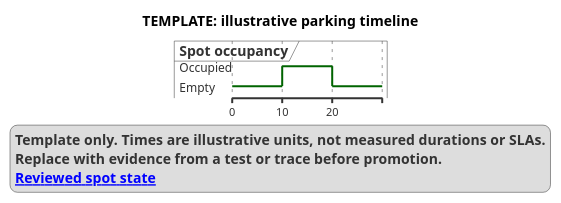
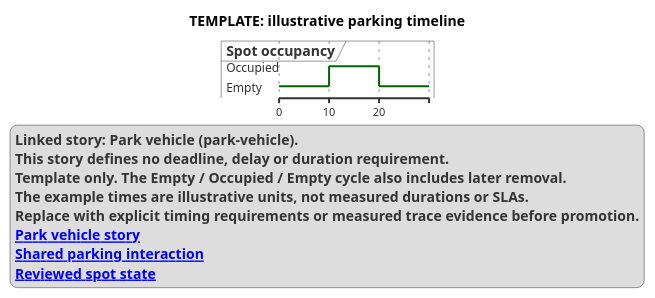
One commit to mrfoxy-cyber/Garage-v2 changed the diagram in docs/uml/interaction/timing/parking-timing.puml. Above: the diagram before and after it, drawn with PlantUML. The commit also changed 25 other files, not shown here.

Commit message:
crappy diagrams, going to be fixed

```diff
--- a/docs/uml/interaction/timing/parking-timing.puml
+++ b/docs/uml/interaction/timing/parking-timing.puml
@@ -1,17 +1,24 @@
 @startuml
 ' diagram-id: parking-timing
 ' entities: system:garage
+' story-id: park-vehicle
+' interaction-source: parking-sequence
 title TEMPLATE: illustrative parking timeline
 robust "Spot occupancy" as Spot
 @0
 Spot is Empty
 @10
 Spot is Occupied
 @20
 Spot is Empty
 legend bottom
-  Template only. Times are illustrative units, not measured durations or SLAs.
-  Replace with evidence from a test or trace before promotion.
+  Linked story: Park vehicle (park-vehicle).
+  This story defines no deadline, delay or duration requirement.
+  Template only. The Empty / Occupied / Empty cycle also includes later removal.
+  The example times are illustrative units, not measured durations or SLAs.
+  Replace with explicit timing requirements or measured trace evidence before promotion.
+  [[../../../../UseCases/garage/park-vehicle.md Park vehicle story]]
+  [[../sequence/parking-sequence.puml Shared parking interaction]]
   [[../../behavioral/state-machine/parking-spot-state.puml Reviewed spot state]]
 endlegend
 @enduml
```
